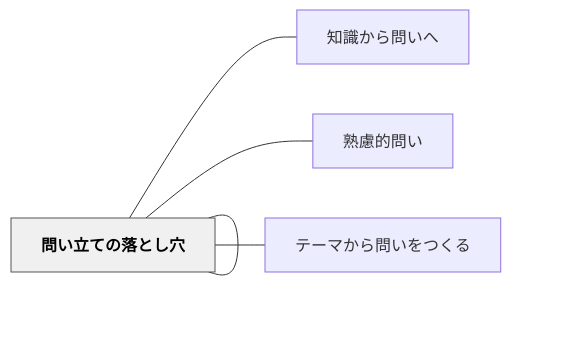
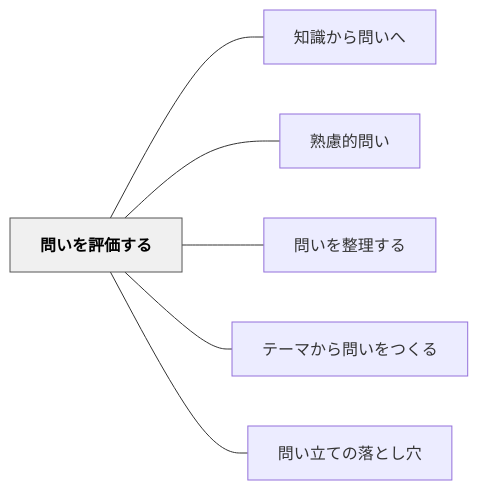
The diagram in content/パタン/問いを評価する.md (unknownthings-ed-patterns/unknownthings-ed-patterns), drawn with Mermaid before and after one commit. The commit also changed 527 other files, not shown here.

````diff
--- a/content/パタン/問いを評価する.md
+++ b/content/パタン/問いを評価する.md
@@ -51,18 +51,18 @@
 ```mermaid
 flowchart LR
-    ne5958fe38184["問いを評価する"]
-    ne79fa5e8ad98["知識から問いへ"]
-    ne7869fe685ae["熟慮的問い"]
-    ne5958fe38184["問いを整理する"]
-    ne38386e383bc["テーマから問いをつくる"]
-    ne5958fe38184["問い立ての落とし穴"]
+    ne5958fe38184e38292e8a995e4bea1e38199e3828b["問いを評価する"]
+    ne79fa5e8ad98e3818be38289e5958fe38184e381b8["知識から問いへ"]
+    ne7869fe685aee79a84e5958fe38184["熟慮的問い"]
+    ne5958fe38184e38292e695b4e79086e38199e3828b["問いを整理する"]
+    ne38386e383bce3839ee3818be38289e5958fe38184e38292e381a4e3818fe3828b["テーマから問いをつくる"]
+    ne5958fe38184e7ab8be381a6e381aee890bde381a8e38197e7a9b4["問い立ての落とし穴"]
 
-    ne5958fe38184 --- ne79fa5e8ad98
-    ne5958fe38184 --- ne7869fe685ae
-    ne5958fe38184 --- ne5958fe38184
-    ne5958fe38184 --- ne38386e383bc
-    ne5958fe38184 --- ne5958fe38184
+    ne5958fe38184e38292e8a995e4bea1e38199e3828b --- ne79fa5e8ad98e3818be38289e5958fe38184e381b8
+    ne5958fe38184e38292e8a995e4bea1e38199e3828b --- ne7869fe685aee79a84e5958fe38184
+    ne5958fe38184e38292e8a995e4bea1e38199e3828b --- ne5958fe38184e38292e695b4e79086e38199e3828b
+    ne5958fe38184e38292e8a995e4bea1e38199e3828b --- ne38386e383bce3839ee3818be38289e5958fe38184e38292e381a4e3818fe3828b
+    ne5958fe38184e38292e8a995e4bea1e38199e3828b --- ne5958fe38184e7ab8be381a6e381aee890bde381a8e38197e7a9b4
 
     classDef hub fill:#f0f0f0,stroke:#555,color:#000,font-weight:bold
-    class ne5958fe38184 hub
+    class ne5958fe38184e38292e8a995e4bea1e38199e3828b hub
 ```
````
